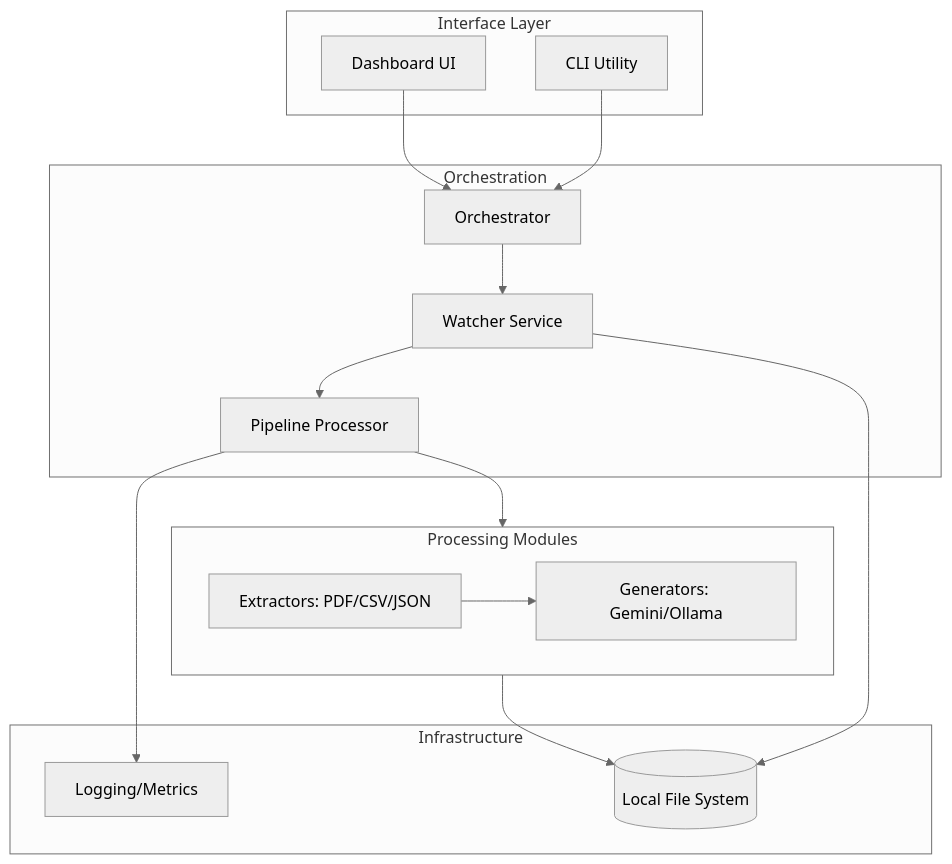
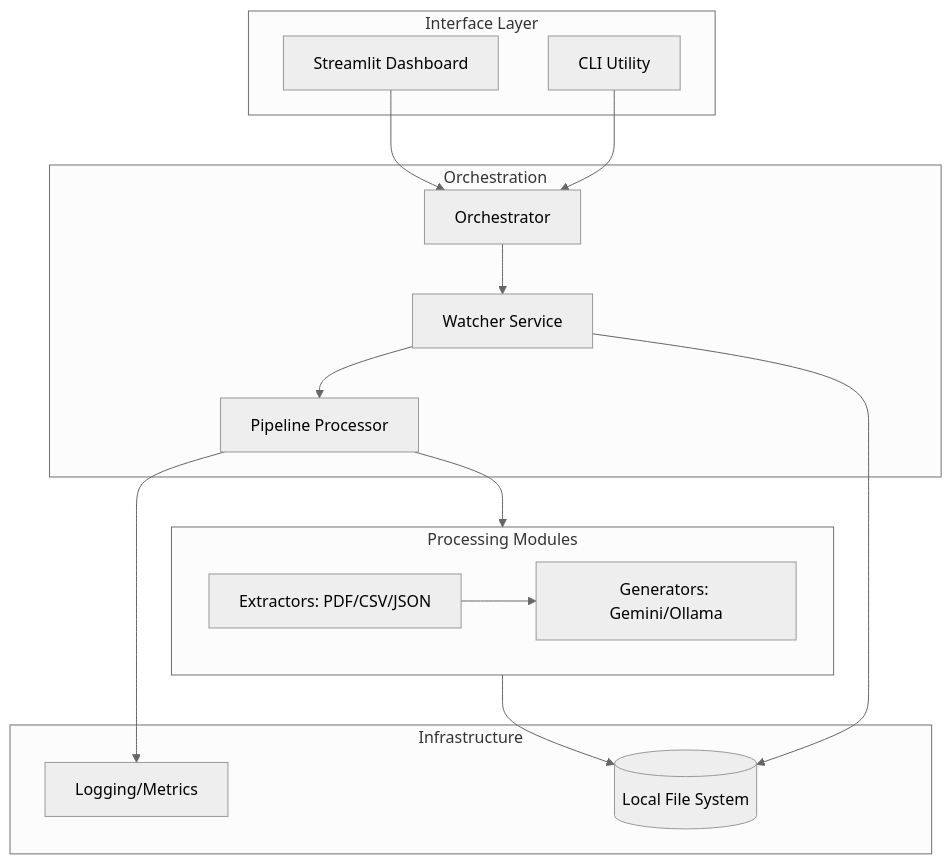
The first of 3 diagrams in README.md (WomB0ComB0/browser-use), drawn with Mermaid (neutral theme) before and after one commit. The commit also changed other lines of this file, not shown here.

````diff
--- a/README.md
+++ b/README.md
@@ -67,34 +67,34 @@
 ```mermaid
 graph TD
     subgraph "Interface Layer"
         CLI[CLI Utility]
-        DASH[Dashboard UI]
+        DASH[Streamlit Dashboard]
     end
 
     subgraph "Orchestration"
         ORCH[Orchestrator]
         WATCH[Watcher Service]
         PROC[Pipeline Processor]
     end
 
     subgraph "Processing Modules"
         direction LR
         EXT[Extractors: PDF/CSV/JSON]
         GEN[Generators: Gemini/Ollama]
     end
 
     subgraph "Infrastructure"
         LOG[Logging/Metrics]
         FS[(Local File System)]
     end
 
     CLI --> ORCH
     DASH --> ORCH
     ORCH --> WATCH
     WATCH --> FS
     WATCH --> PROC
     PROC --> EXT
     EXT --> GEN
     GEN --> FS
     PROC --> LOG
 ```
````
